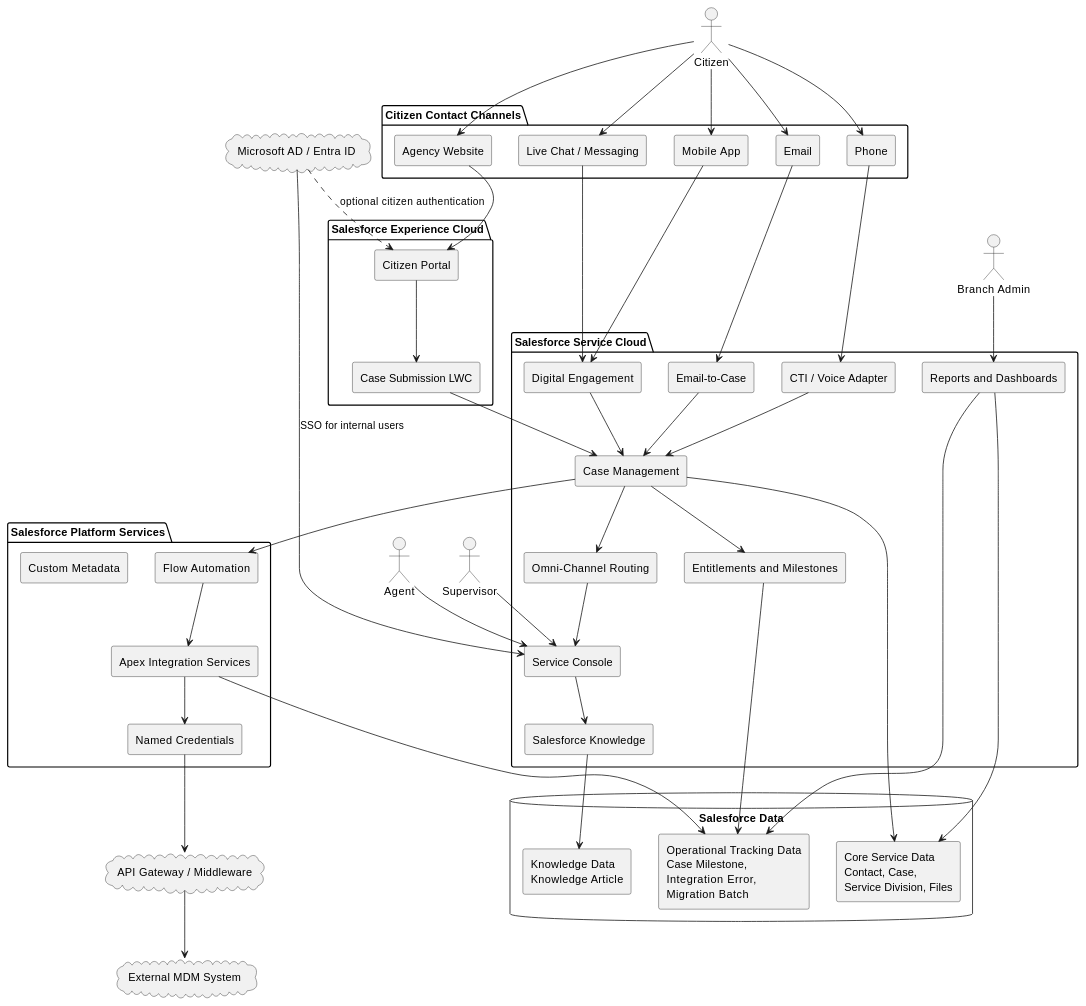
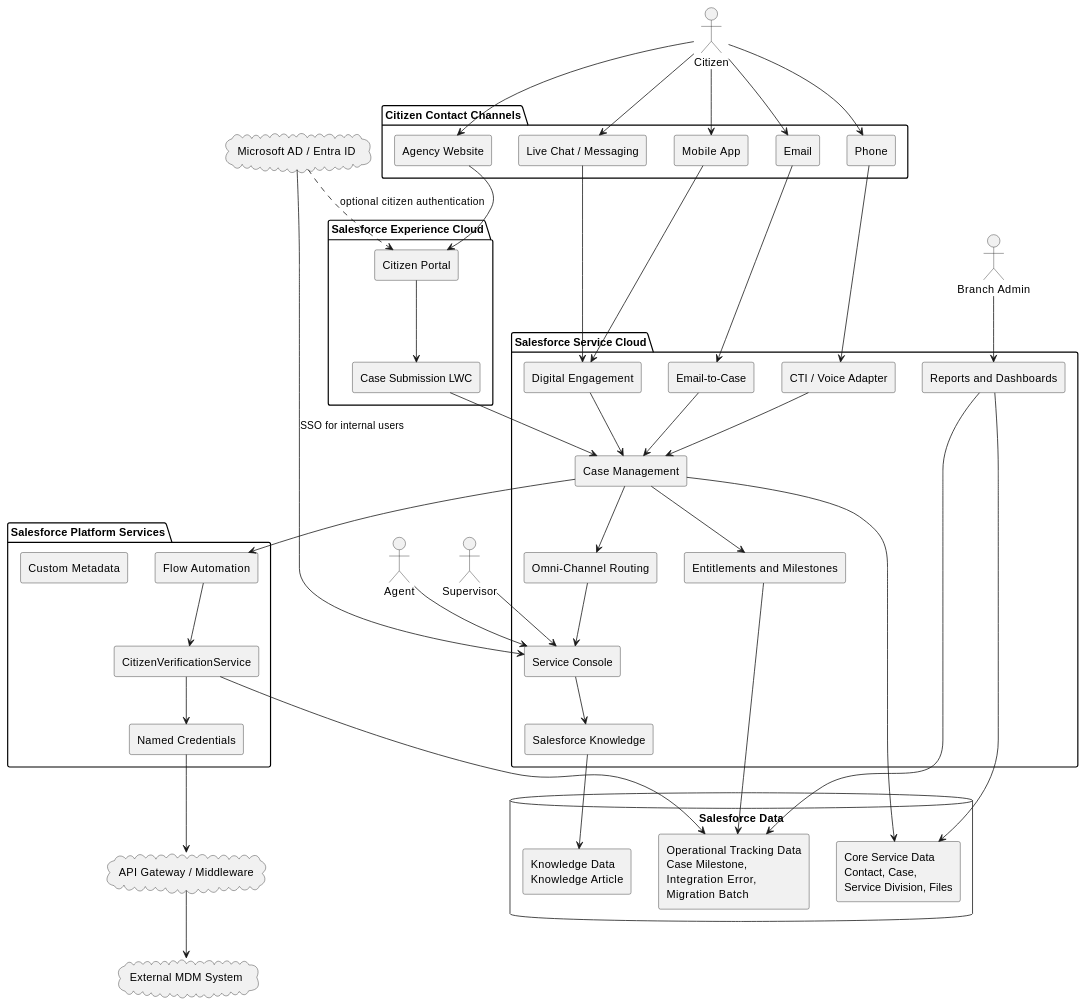
Before and after one commit to jimmytobing/virtusa: the second of 26 diagrams in doc/SADD Task 2.md, drawn with PlantUML. The commit also changed other lines of this file and 27 other files, not shown here.

```diff
--- a/doc/SADD Task 2.md
+++ b/doc/SADD Task 2.md
@@ -193,7 +202,7 @@
 
 package "Salesforce Platform Services" {
   [Flow Automation]
-  [Apex Integration Services]
+  [CitizenVerificationService]
   [Named Credentials]
   [Custom Metadata]
 }
@@ -230,15 +239,15 @@
 [Service Console] --> [Salesforce Knowledge]
 [Case Management] --> [Entitlements and Milestones]
 [Case Management] --> [Flow Automation]
-[Flow Automation] --> [Apex Integration Services]
-[Apex Integration Services] --> [Named Credentials]
+[Flow Automation] --> [CitizenVerificationService]
+[CitizenVerificationService] --> [Named Credentials]
 [Named Credentials] --> Gateway
 Gateway --> MDM
 
 [Case Management] --> CoreServiceData
 [Salesforce Knowledge] --> KnowledgeData
 [Entitlements and Milestones] --> OperationalTrackingData
-[Apex Integration Services] --> OperationalTrackingData
+[CitizenVerificationService] --> OperationalTrackingData
 [Reports and Dashboards] --> CoreServiceData
 [Reports and Dashboards] --> OperationalTrackingData
 
```
